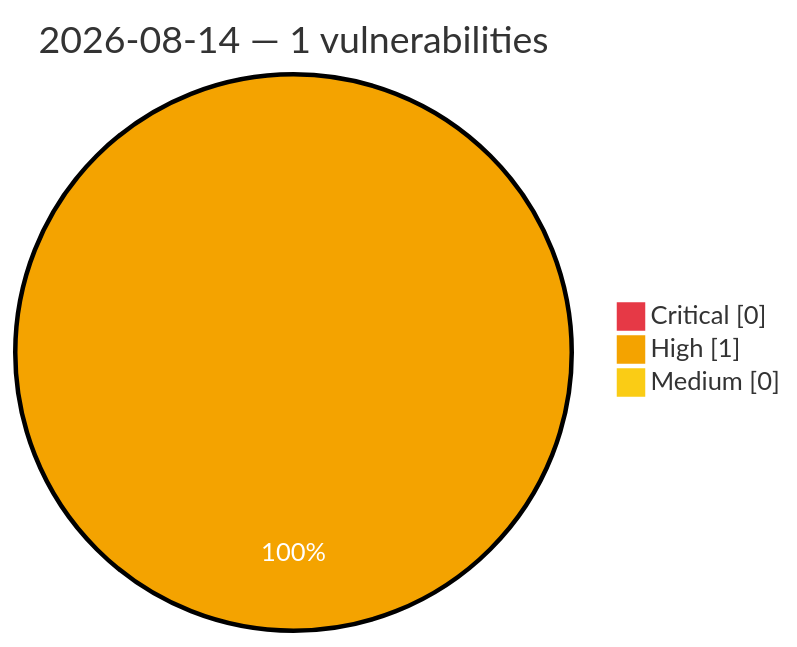
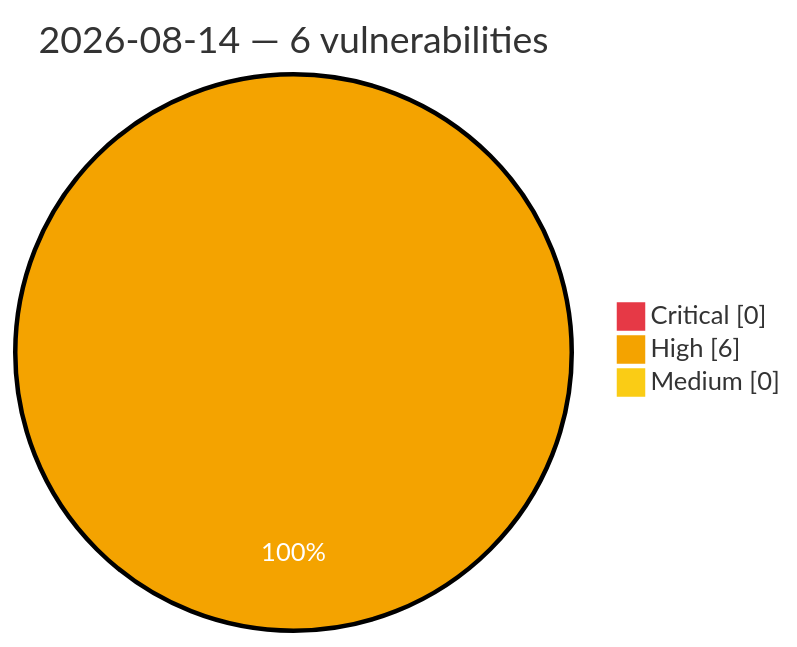
One commit to GhostX0X/vuln-tracker changed the diagram in vulnerabilities/2026/August/2026-08-14.md. Above: the diagram before and after it, drawn with Mermaid. The commit also changed other lines of this file and 5 other files, not shown here.

````diff
--- a/vulnerabilities/2026/August/2026-08-14.md
+++ b/vulnerabilities/2026/August/2026-08-14.md
@@ -3,8 +3,8 @@
 ```mermaid
 %%{init: {'theme':'base', 'themeVariables': {'pie1':'#e63946', 'pie2':'#f4a300', 'pie3':'#facc15', 'pieOpacity':'1', 'pieOuterStrokeWidth':'2px', 'pieSectionTextColor':'#ffffff'}}}%%
 pie showData
-    title 2026-08-14 — 1 vulnerabilities
+    title 2026-08-14 — 6 vulnerabilities
     "Critical" : 0
-    "High" : 1
+    "High" : 6
     "Medium" : 0
 ```
````
